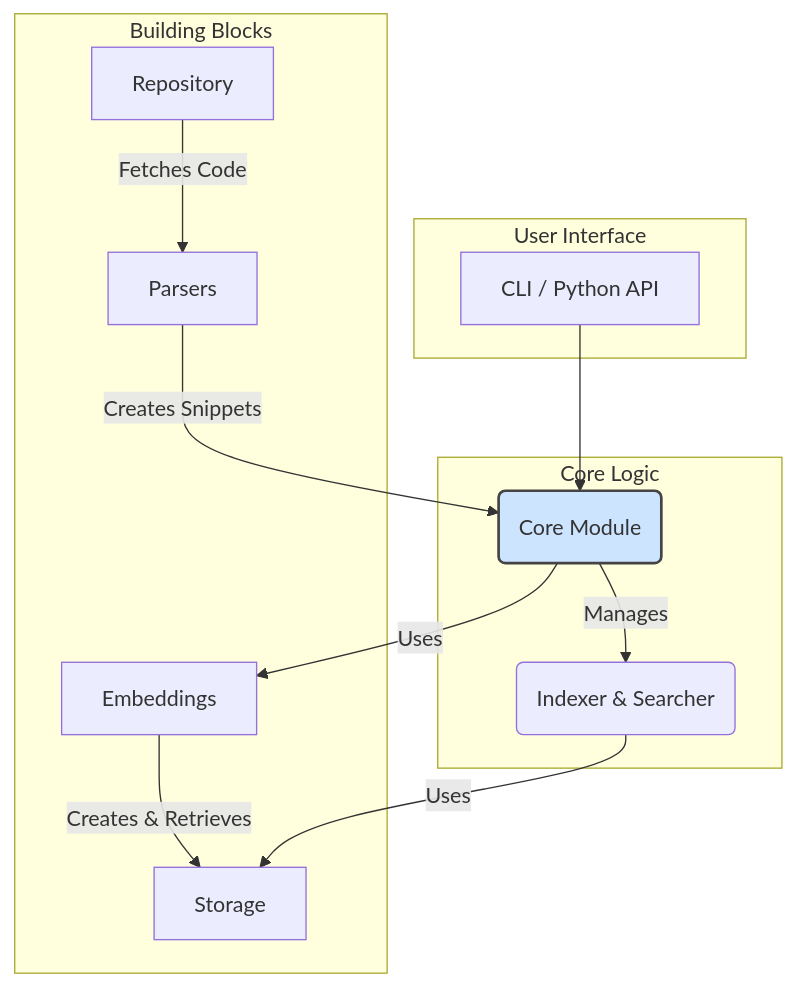
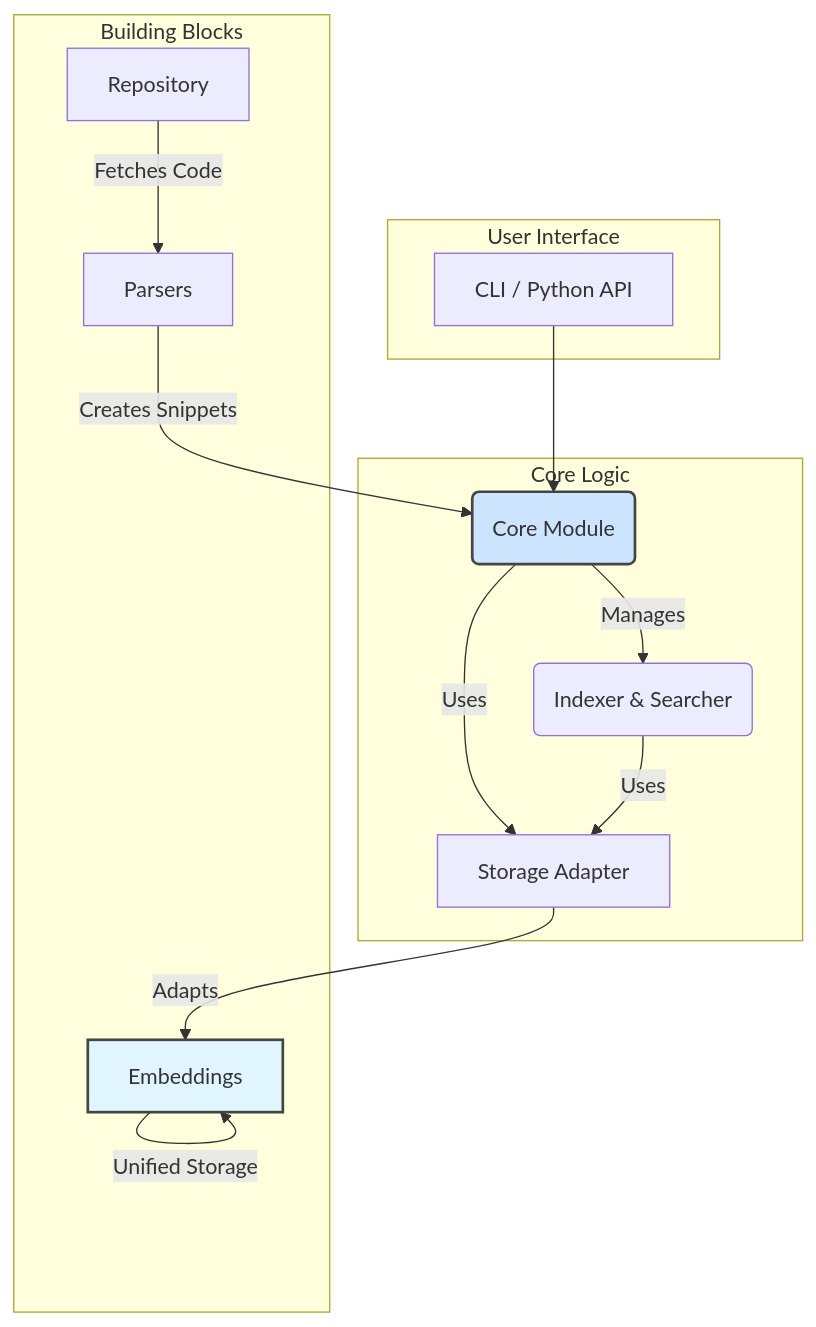
The diagram in README.md (XingYu-Zhong/CodeRepoIndex), drawn with Mermaid before and after one commit. The commit also changed other lines of this file and 25 other files, not shown here.

````diff
--- a/README.md
+++ b/README.md
@@ -44,22 +38,24 @@
 ```mermaid
 graph TD
     subgraph User Interface
         A[CLI / Python API]
     end
 
     subgraph Core Logic
         B(Core Module) -- Manages --> C(Indexer & Searcher)
+        B -- Uses --> H[Storage Adapter]
     end
 
     subgraph Building Blocks
         D[Repository] -- Fetches Code --> E[Parsers]
         E -- Creates Snippets --> B
-        B -- Uses --> F[Embeddings]
-        F -- Creates & Retrieves --> G[Storage]
-        C -- Uses --> G
+        H -- Adapts --> F[Embeddings]
+        F -- Unified Storage --> F
+        C -- Uses --> H
     end
 
     A --> B
 
     style B fill:#cde4ff,stroke:#444,stroke-width:2px
+    style F fill:#e1f5fe,stroke:#444,stroke-width:2px
 ```
````
